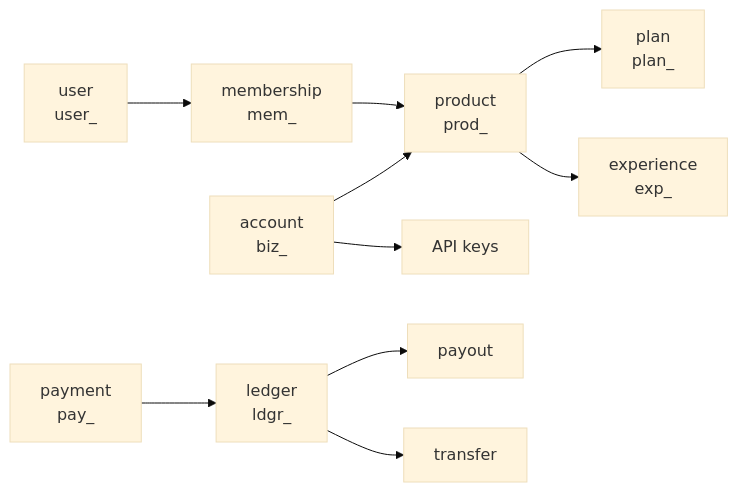
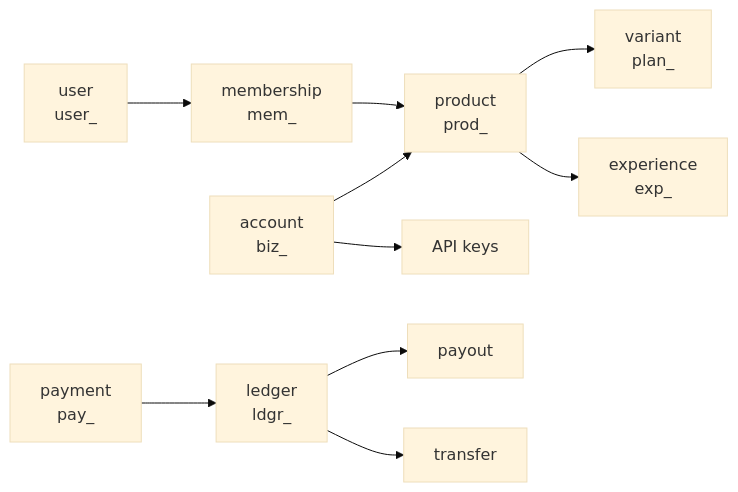
Before and after one commit to distilled-mirror/spec-mirror-whop: the diagram in specs/docs/developer/concepts.md, drawn with Mermaid (base theme). The commit also changed other lines of this file and 1888 other files, not shown here.

````diff
--- a/specs/docs/developer/concepts.md
+++ b/specs/docs/developer/concepts.md
@@ -11,12 +21,12 @@
 ```mermaid theme={null}
 graph LR
   A[account<br/>biz_] --> P[product<br/>prod_]
   A --> K[API keys]
-  P --> L[plan<br/>plan_]
+  P --> L[variant<br/>plan_]
   P --> E[experience<br/>exp_]
   U[user<br/>user_] --> M[membership<br/>mem_]
   M --> P
   PAY[payment<br/>pay_] --> LG[ledger<br/>ldgr_]
   LG --> PO[payout]
   LG --> T[transfer]
 ```
````
